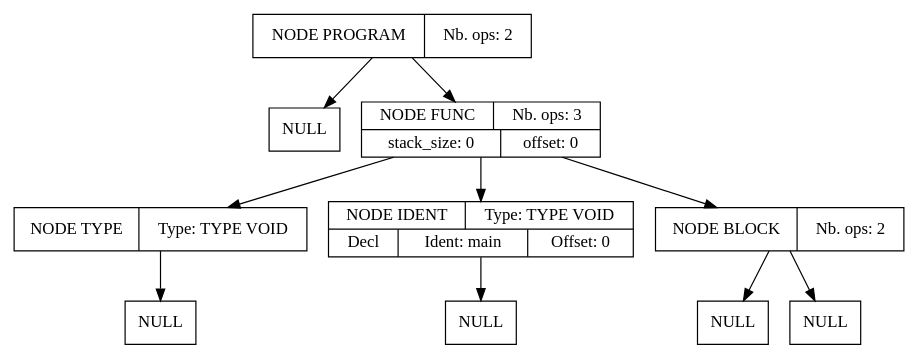
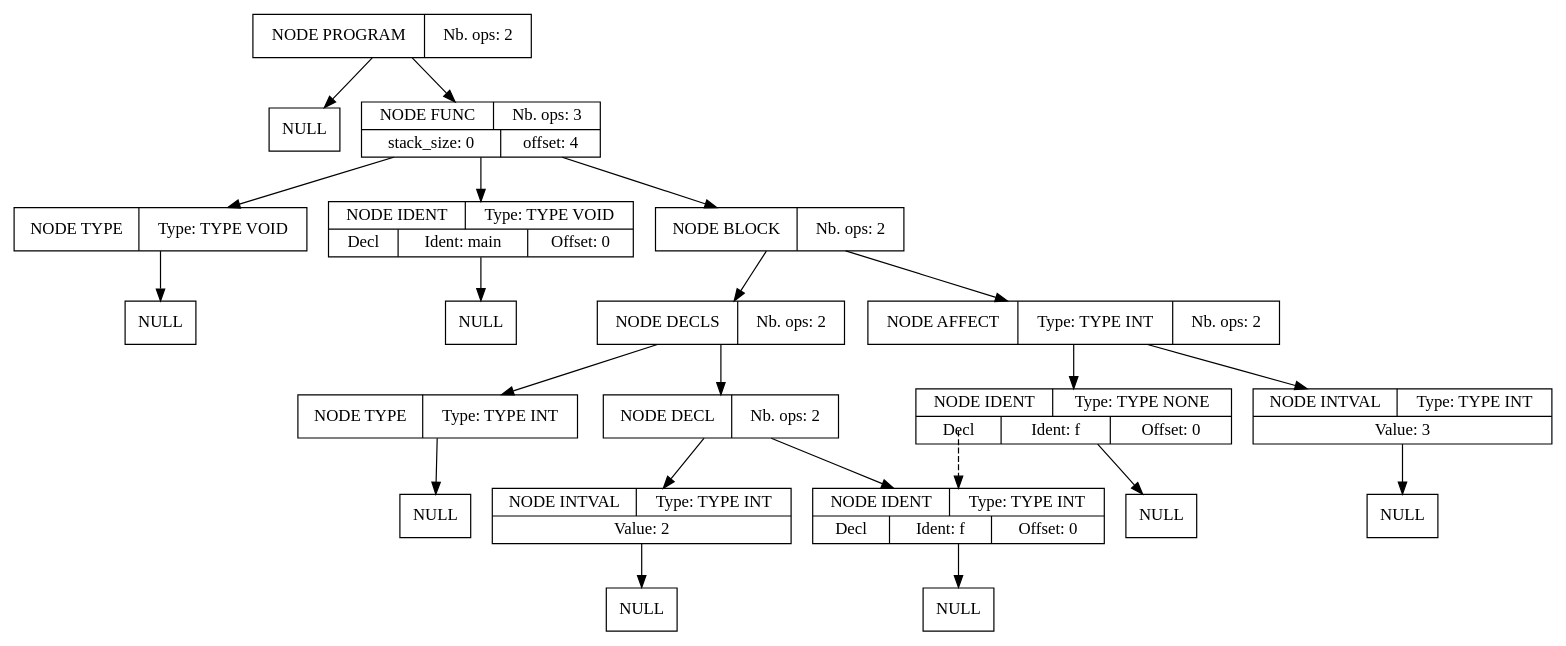
The diagram in projet_compilation_src/src/fichier_dump_fin.dot (Serial-DeV/Compilation), drawn with Graphviz before and after one commit. The commit also changed 12 other files, not shown here.

```diff
--- a/projet_compilation_src/src/fichier_dump_fin.dot
+++ b/projet_compilation_src/src/fichier_dump_fin.dot
@@ -1,30 +1,65 @@
 digraph global_vars {
     N1 [shape=record, label="{{NODE PROGRAM|Nb. ops: 2}}"];
     N2 [shape=record, label="{{NULL}}"];
     edge[tailclip=true];
     N1 -> N2
-    N3 [shape=record, label="{{NODE FUNC|Nb. ops: 3}|{stack_size: 0|offset: 0}}"];
+    N3 [shape=record, label="{{NODE FUNC|Nb. ops: 3}|{stack_size: 0|offset: 4}}"];
     N4 [shape=record, label="{{NODE TYPE|Type: TYPE VOID}}"];
     N5 [shape=record, label="{{NULL}}"];
     edge[tailclip=true];
     N4 -> N5
     edge[tailclip=true];
     N3 -> N4
     N6 [shape=record, label="{{NODE IDENT|Type: TYPE VOID}|{<decl>Decl      |Ident: main|Offset: 0}}"];
     N7 [shape=record, label="{{NULL}}"];
     edge[tailclip=true];
     N6 -> N7
     edge[tailclip=true];
     N3 -> N6
     N8 [shape=record, label="{{NODE BLOCK|Nb. ops: 2}}"];
-    N9 [shape=record, label="{{NULL}}"];
+    N9 [shape=record, label="{{NODE DECLS|Nb. ops: 2}}"];
+    N10 [shape=record, label="{{NODE TYPE|Type: TYPE INT}}"];
+    N11 [shape=record, label="{{NULL}}"];
+    edge[tailclip=true];
+    N10 -> N11
+    edge[tailclip=true];
+    N9 -> N10
+    N12 [shape=record, label="{{NODE DECL|Nb. ops: 2}}"];
+    N13 [shape=record, label="{{NODE IDENT|Type: TYPE INT}|{<decl>Decl      |Ident: f|Offset: 0}}"];
+    N14 [shape=record, label="{{NULL}}"];
+    edge[tailclip=true];
+    N13 -> N14
+    edge[tailclip=true];
+    N12 -> N13
+    N15 [shape=record, label="{{NODE INTVAL|Type: TYPE INT}|{Value: 2}}"];
+    N16 [shape=record, label="{{NULL}}"];
+    edge[tailclip=true];
+    N15 -> N16
+    edge[tailclip=true];
+    N12 -> N15
+    edge[tailclip=true];
+    N9 -> N12
     edge[tailclip=true];
     N8 -> N9
-    N10 [shape=record, label="{{NULL}}"];
+    N17 [shape=record, label="{{NODE AFFECT|Type: TYPE INT|Nb. ops: 2}}"];
+    N18 [shape=record, label="{{NODE IDENT|Type: TYPE NONE}|{<decl>Decl      |Ident: f|Offset: 0}}"];
+    edge[tailclip=false];
+    "N18":decl:c -> "N13" [style=dashed]
+    N19 [shape=record, label="{{NULL}}"];
     edge[tailclip=true];
-    N8 -> N10
+    N18 -> N19
+    edge[tailclip=true];
+    N17 -> N18
+    N20 [shape=record, label="{{NODE INTVAL|Type: TYPE INT}|{Value: 3}}"];
+    N21 [shape=record, label="{{NULL}}"];
+    edge[tailclip=true];
+    N20 -> N21
+    edge[tailclip=true];
+    N17 -> N20
+    edge[tailclip=true];
+    N8 -> N17
     edge[tailclip=true];
     N3 -> N8
     edge[tailclip=true];
     N1 -> N3
 }
```
